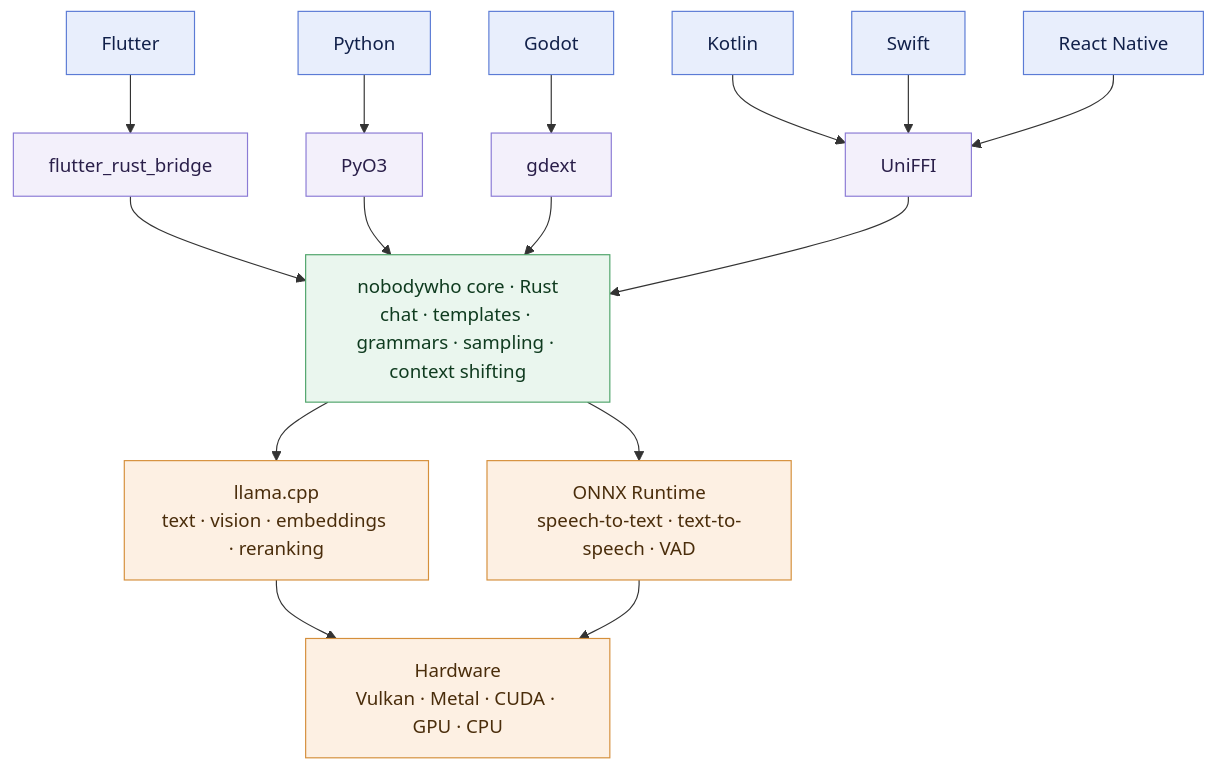
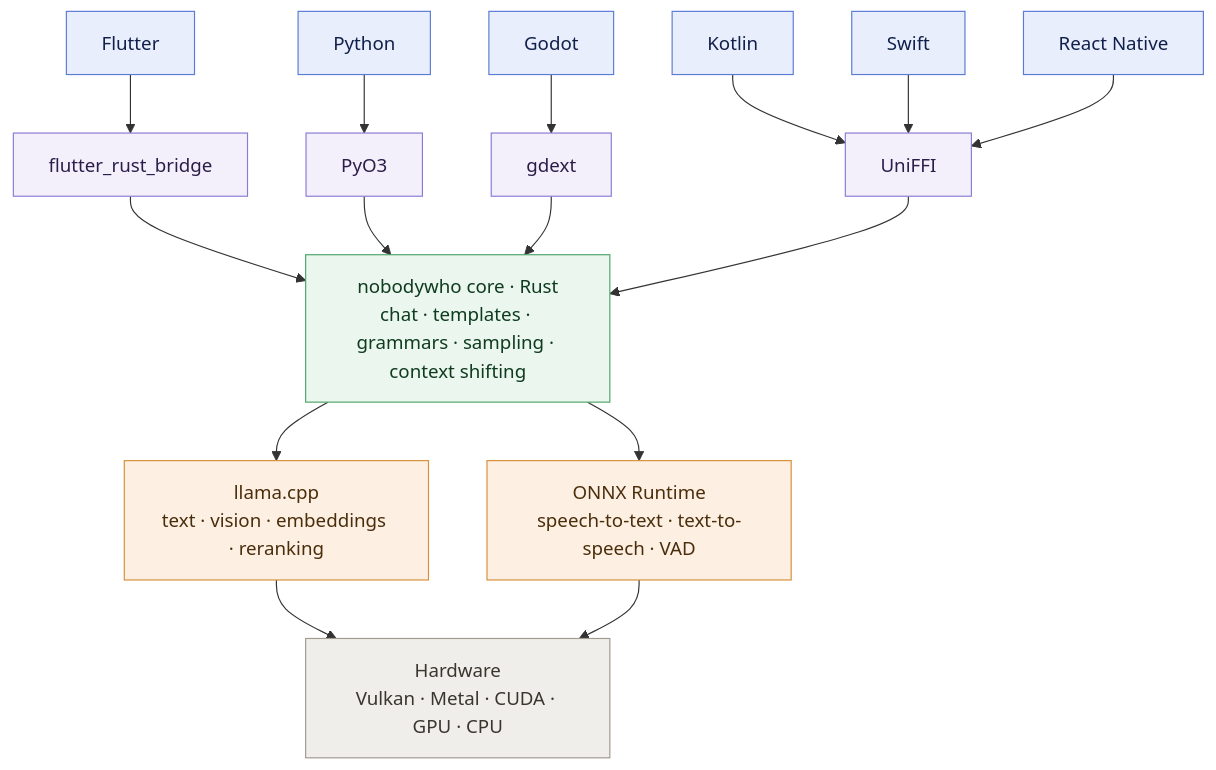
Before and after one commit to pielouNW/test-readme: the diagram in README.md, drawn with Mermaid.

````diff
--- a/README.md
+++ b/README.md
@@ -35,40 +35,40 @@
 ```mermaid
 flowchart TD
     FL["Flutter"]:::lang
     PY["Python"]:::lang
     GO["Godot"]:::lang
     K["Kotlin"]:::lang
     S["Swift"]:::lang
     RN["React Native"]:::lang
 
     FRB["flutter_rust_bridge"]:::glue
     P3["PyO3"]:::glue
     GX["gdext"]:::glue
     U["UniFFI"]:::glue
 
     FL --> FRB
     PY --> P3
     GO --> GX
     K --> U
     S --> U
     RN --> U
 
     CORE["nobodywho core · Rust<br/>chat · templates · grammars · sampling · context shifting"]:::core
 
     FRB --> CORE
     P3 --> CORE
     GX --> CORE
     U --> CORE
 
     CORE --> LCPP["llama.cpp<br/>text · vision · embeddings · reranking"]:::engine
     CORE --> ORT["ONNX Runtime<br/>speech-to-text · text-to-speech · VAD"]:::engine
 
     LCPP --> HW["Hardware<br/>Vulkan · Metal · CUDA · GPU · CPU"]:::hw
     ORT --> HW
 
     classDef lang fill:#e8eefc,stroke:#5b7bd5,color:#11204a
     classDef glue fill:#f3f0fb,stroke:#8b7bd5,color:#2a1f4a
     classDef core fill:#eaf6ee,stroke:#4fa46a,color:#0f3b1f
     classDef engine fill:#fdf0e3,stroke:#d58f3b,color:#4a2d0b
-    classDef hw fill:#fdf0e3,stroke:#d58f3b,color:#4a2d0b
+    classDef hw fill:#f0eeea,stroke:#a09a90,color:#3a352e
 ```
````
